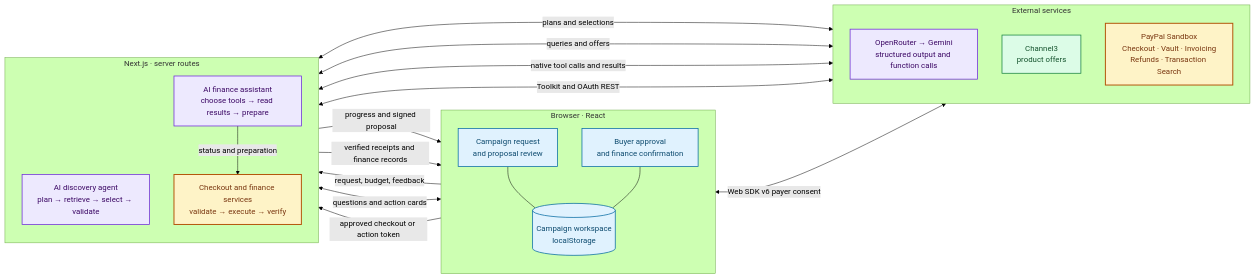
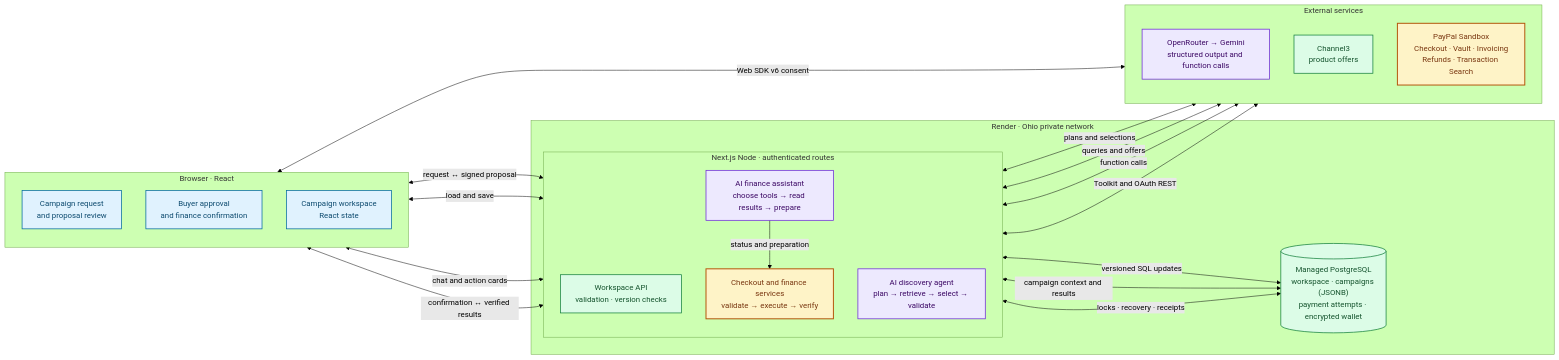
The diagram in README.md (kayak379/Prova-PayPal-Hackathon), drawn with Mermaid (forest theme) before and after one commit. The commit also changed other lines of this file, not shown here.

Commit message:
updated system architecture readme

````diff
--- a/README.md
+++ b/README.md
@@ -8,46 +8,50 @@
 ```mermaid
 flowchart LR
     subgraph Browser["Browser · React"]
         direction TB
         Request["Campaign request<br/>and proposal review"]
         Approval["Buyer approval<br/>and finance confirmation"]
-        Workspace[("Campaign workspace<br/>localStorage")]
+        Workspace["Campaign workspace<br/>React state"]
     end
 
-    subgraph Server["Next.js · server routes"]
-        direction TB
-        Discovery["AI discovery agent<br/>plan → retrieve → select → validate"]
-        Assistant["AI finance assistant<br/>choose tools → read results → prepare"]
-        Payments["Checkout and finance services<br/>validate → execute → verify"]
+    subgraph Hosting["Render · Ohio private network"]
+        subgraph Server["Next.js Node · authenticated routes"]
+            direction TB
+            WorkspaceAPI["Workspace API<br/>validation · version checks"]
+            Discovery["AI discovery agent<br/>plan → retrieve → select → validate"]
+            Assistant["AI finance assistant<br/>choose tools → read results → prepare"]
+            Payments["Checkout and finance services<br/>validate → execute → verify"]
+        end
+        Database[("Managed PostgreSQL<br/>workspace · campaigns (JSONB)<br/>payment attempts · encrypted wallet")]
     end
 
     subgraph Providers["External services"]
         direction TB
         Models["OpenRouter → Gemini<br/>structured output and function calls"]
         Catalog["Channel3<br/>product offers"]
         PayPal["PayPal Sandbox<br/>Checkout · Vault · Invoicing<br/>Refunds · Transaction Search"]
     end
 
-    Request -->|"request, budget, feedback"| Discovery
-    Discovery -->|"progress and signed proposal"| Request
+    Request <-->|"request ↔ signed proposal"| Discovery
     Discovery <-->|"plans and selections"| Models
     Discovery <-->|"queries and offers"| Catalog
-    Request --- Workspace
-    Approval --- Workspace
-    Approval <-->|"questions and action cards"| Assistant
-    Assistant <-->|"native tool calls and results"| Models
+    Workspace <-->|"load and save"| WorkspaceAPI
+    WorkspaceAPI <-->|"versioned SQL updates"| Database
+    Approval <-->|"chat and action cards"| Assistant
+    Assistant <-->|"function calls"| Models
     Assistant -->|"status and preparation"| Payments
-    Approval -->|"approved checkout or action token"| Payments
+    Assistant <-->|"campaign context and results"| Database
+    Approval <-->|"confirmation ↔ verified results"| Payments
     Payments <-->|"Toolkit and OAuth REST"| PayPal
-    Approval <-->|"Web SDK v6 payer consent"| PayPal
-    Payments -->|"verified receipts and finance records"| Approval
+    Payments <-->|"locks · recovery · receipts"| Database
+    Approval <-->|"Web SDK v6 consent"| PayPal
 
     classDef browser fill:#e0f2fe,stroke:#0369a1,color:#0c4a6e,stroke-width:1.5px
     classDef agent fill:#ede9fe,stroke:#6d28d9,color:#3b0764,stroke-width:1.5px
     classDef service fill:#dcfce7,stroke:#15803d,color:#14532d,stroke-width:1.5px
     classDef payment fill:#fef3c7,stroke:#b45309,color:#78350f,stroke-width:2px
     class Request,Approval,Workspace browser
     class Discovery,Assistant,Models agent
-    class Catalog service
+    class WorkspaceAPI,Database,Catalog service
     class Payments,PayPal payment
 ```
````
